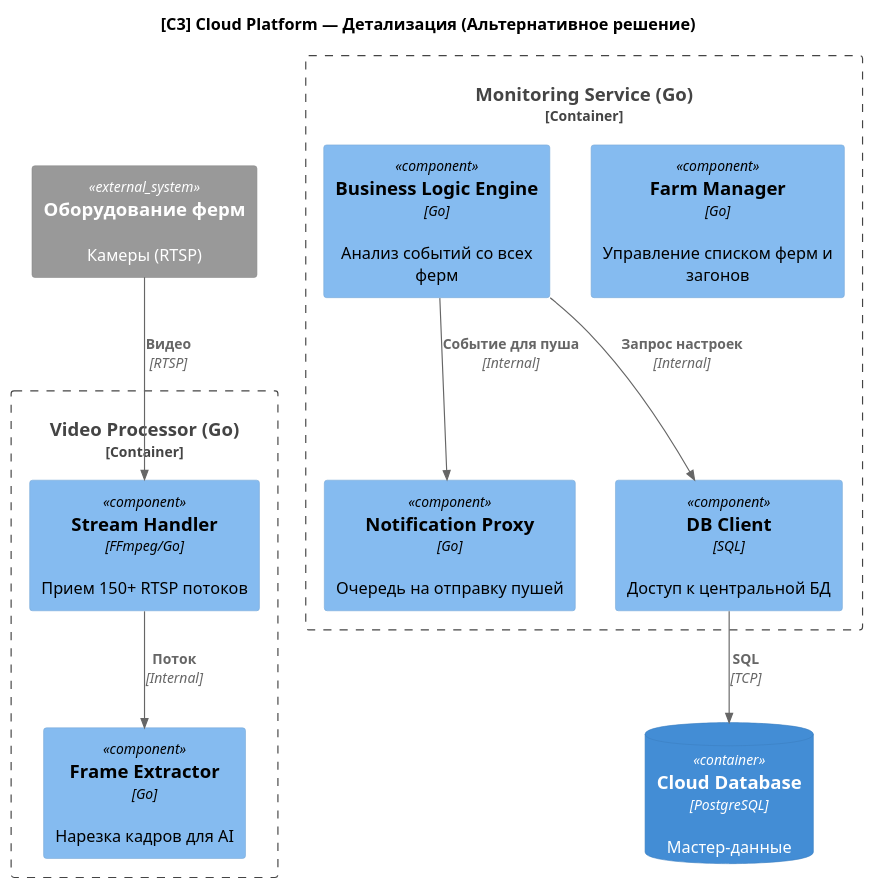
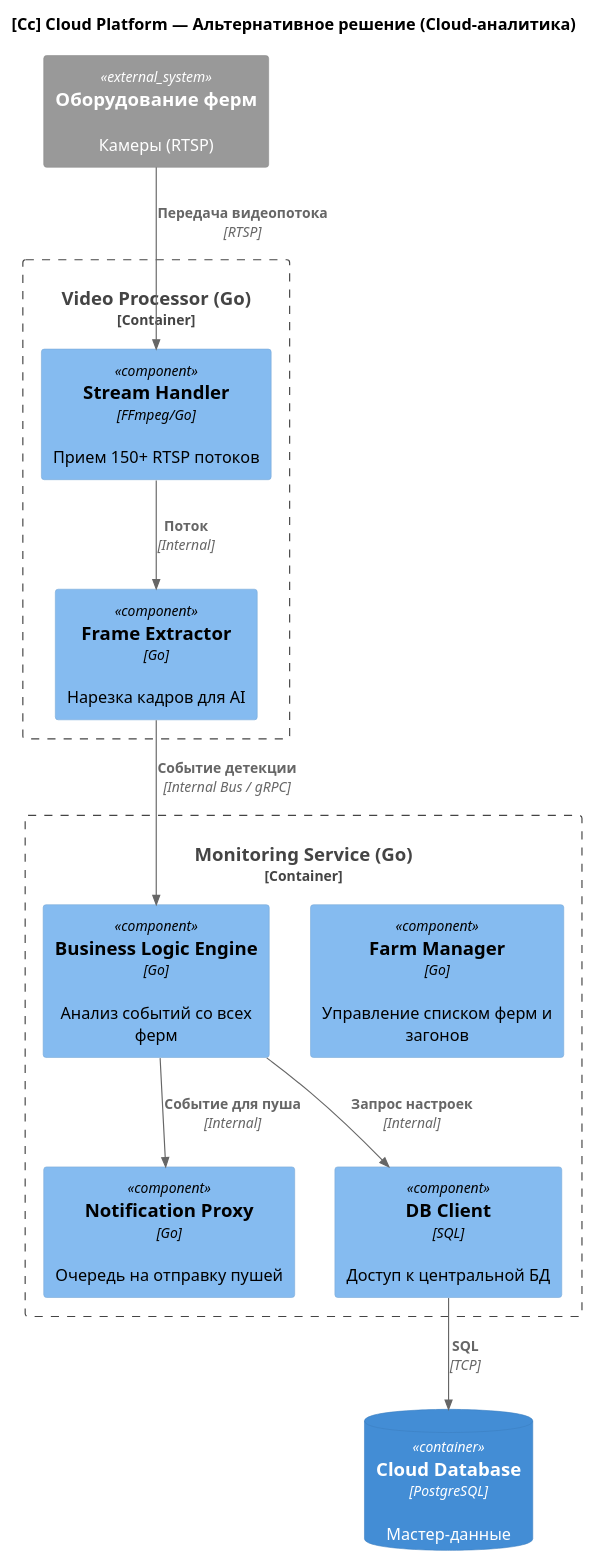
Before and after one commit to almiso/MSA-AgroTech: the diagram in Task3/solution_c3_alternative.puml, drawn with PlantUML. The commit also changed 10 other files, not shown here.

```diff
--- a/Task3/solution_c3_alternative.puml
+++ b/Task3/solution_c3_alternative.puml
@@ -1,30 +1,31 @@
 @startuml
 !include https://raw.githubusercontent.com/plantuml-stdlib/C4-PlantUML/master/C4_Component.puml
 
-title [C3] Cloud Platform — Детализация (Альтернативное решение)
+title [Cс] Cloud Platform — Альтернативное решение (Cloud-аналитика)
 
 ' Внешние системы
 System_Ext(hardware, "Оборудование ферм", "Камеры (RTSP)")
 ContainerDb(cloud_db, "Cloud Database", "PostgreSQL", "Мастер-данные")
 
 Container_Boundary(video_processor, "Video Processor (Go)") {
     Component(stream_handler, "Stream Handler", "FFmpeg/Go", "Прием 150+ RTSP потоков")
     Component(frame_ext, "Frame Extractor", "Go", "Нарезка кадров для AI")
 
     Rel(stream_handler, frame_ext, "Поток", "Internal")
 }
 
 Container_Boundary(monitoring_service, "Monitoring Service (Go)") {
     Component(tenant_mgr, "Farm Manager", "Go", "Управление списком ферм и загонов")
     Component(logic_eng, "Business Logic Engine", "Go", "Анализ событий со всех ферм")
     Component(notif_proxy, "Notification Proxy", "Go", "Очередь на отправку пушей")
     Component(db_client, "DB Client", "SQL", "Доступ к центральной БД")
 
     Rel(logic_eng, db_client, "Запрос настроек", "Internal")
     Rel(logic_eng, notif_proxy, "Событие для пуша", "Internal")
 }
 
-Rel(hardware, stream_handler, "Видео", "RTSP")
+Rel(hardware, stream_handler, "Передача видеопотока", "RTSP")
 Rel(db_client, cloud_db, "SQL", "TCP")
+Rel(frame_ext, logic_eng, "Событие детекции", "Internal Bus / gRPC")
 
 @enduml
```
